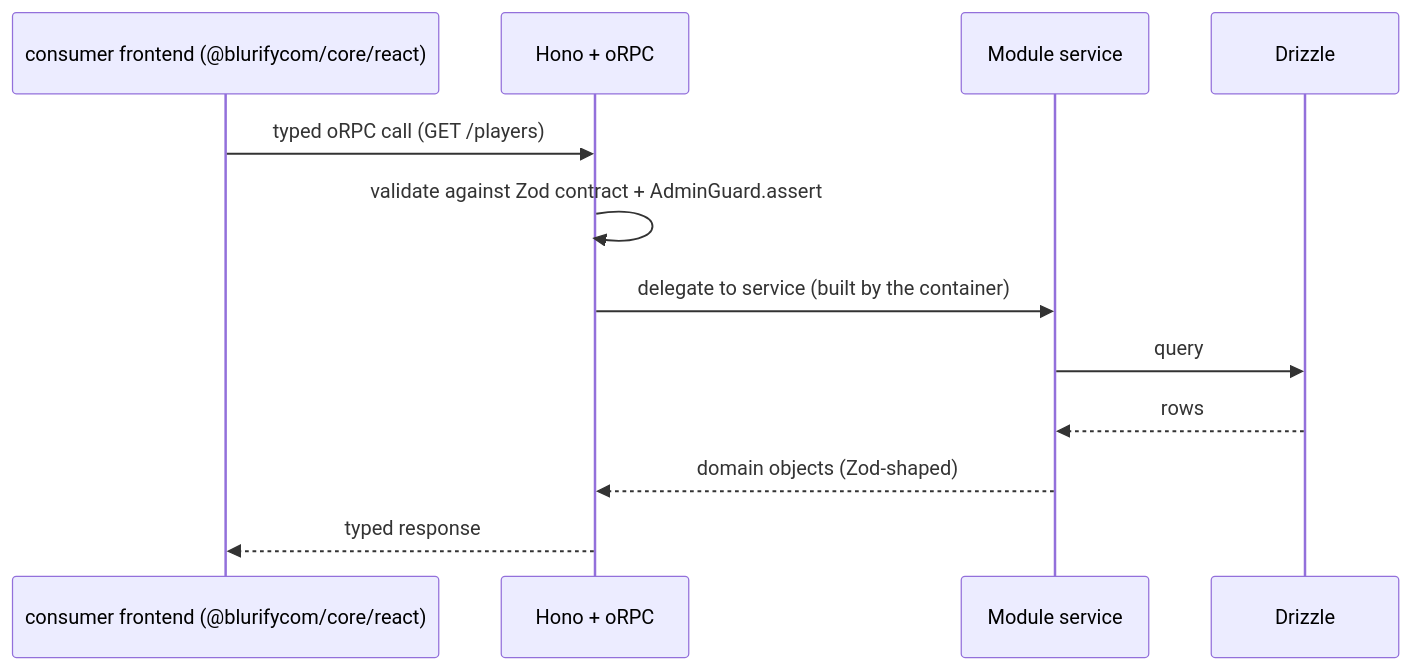
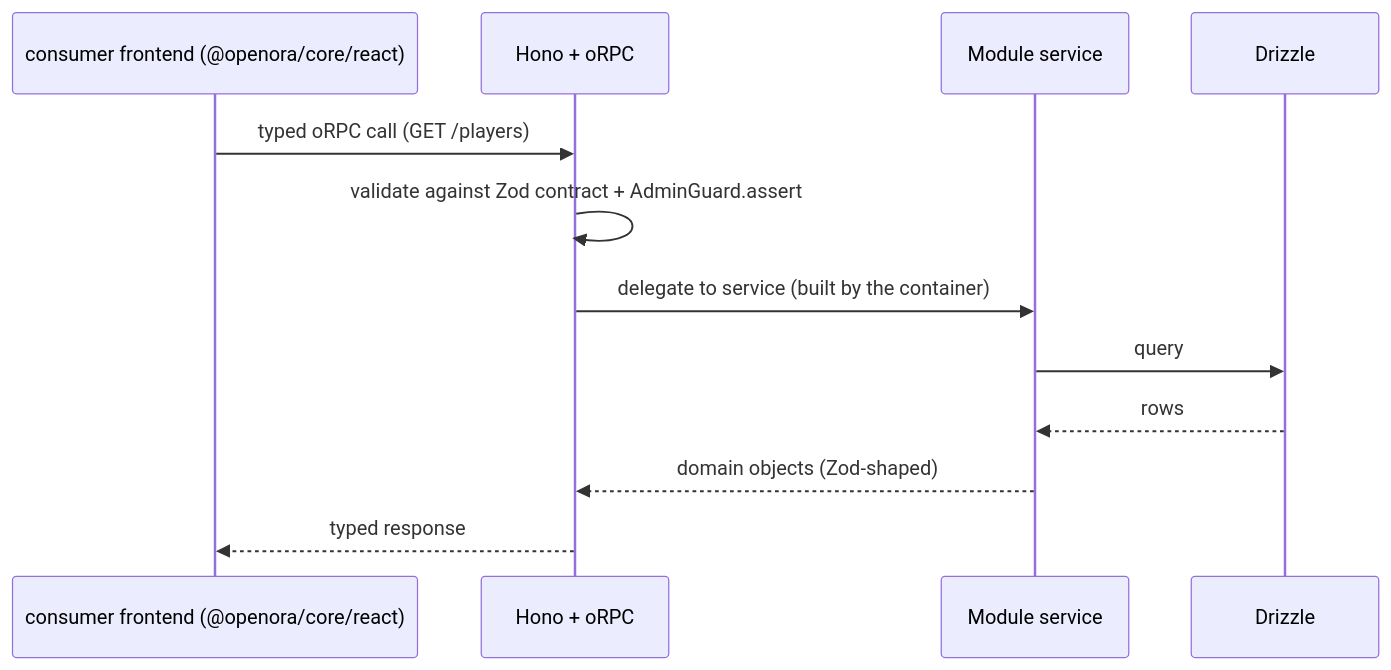
The second of 2 diagrams in docs/architecture.md (blurifycom/openora), drawn with Mermaid before and after one commit. The commit also changed other lines of this file and 357 other files, not shown here.

````diff
--- a/docs/architecture.md
+++ b/docs/architecture.md
@@ -133,15 +133,15 @@
 ```mermaid
 sequenceDiagram
-  participant UI as consumer frontend (@blurifycom/core/react)
+  participant UI as consumer frontend (@openora/core/react)
   participant API as Hono + oRPC
   participant Mod as Module service
   participant DB as Drizzle
 
   UI->>API: typed oRPC call (GET /players)
   API->>API: validate against Zod contract + AdminGuard.assert
   API->>Mod: delegate to service (built by the container)
   Mod->>DB: query
   DB-->>Mod: rows
   Mod-->>API: domain objects (Zod-shaped)
   API-->>UI: typed response
 ```
````
